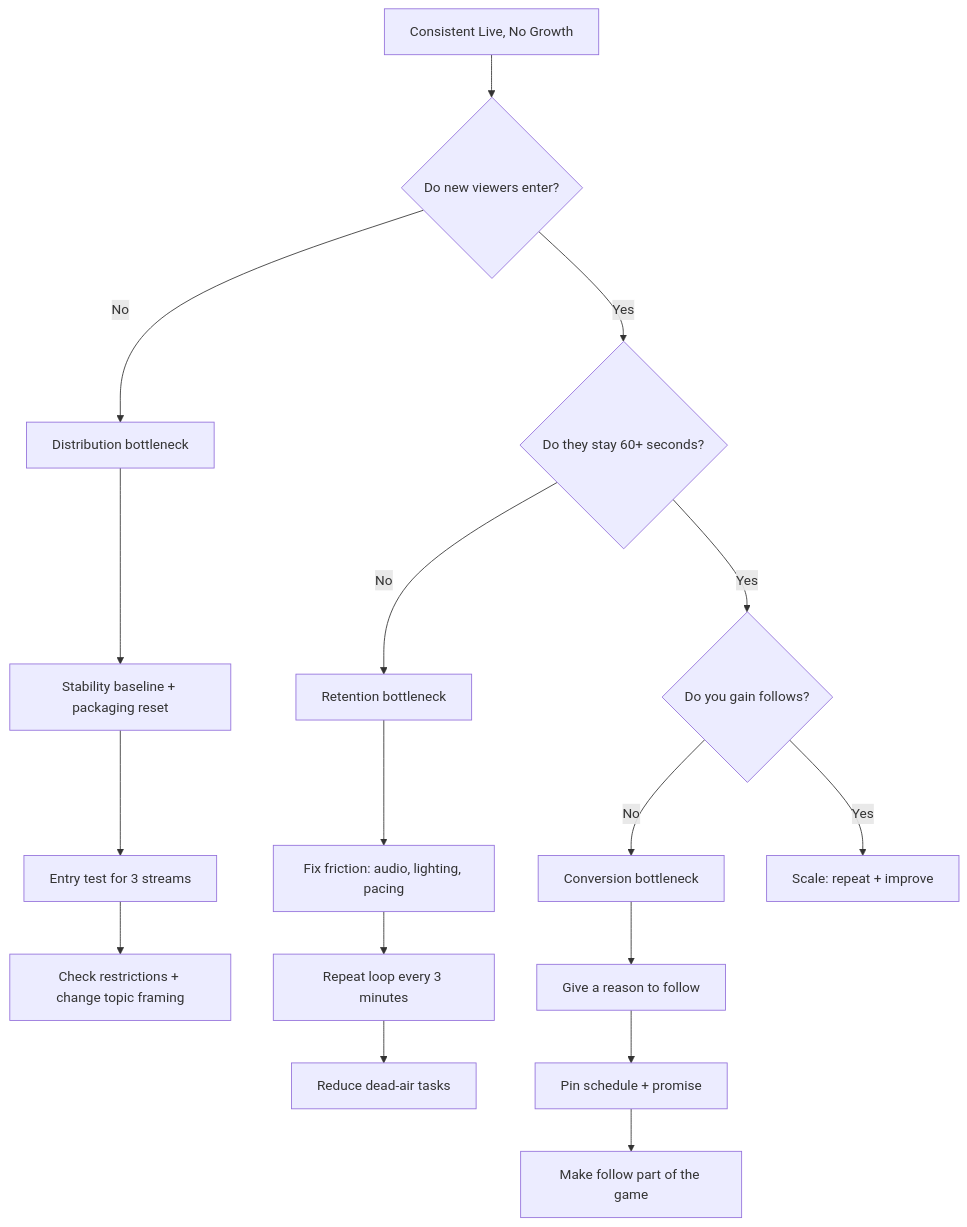
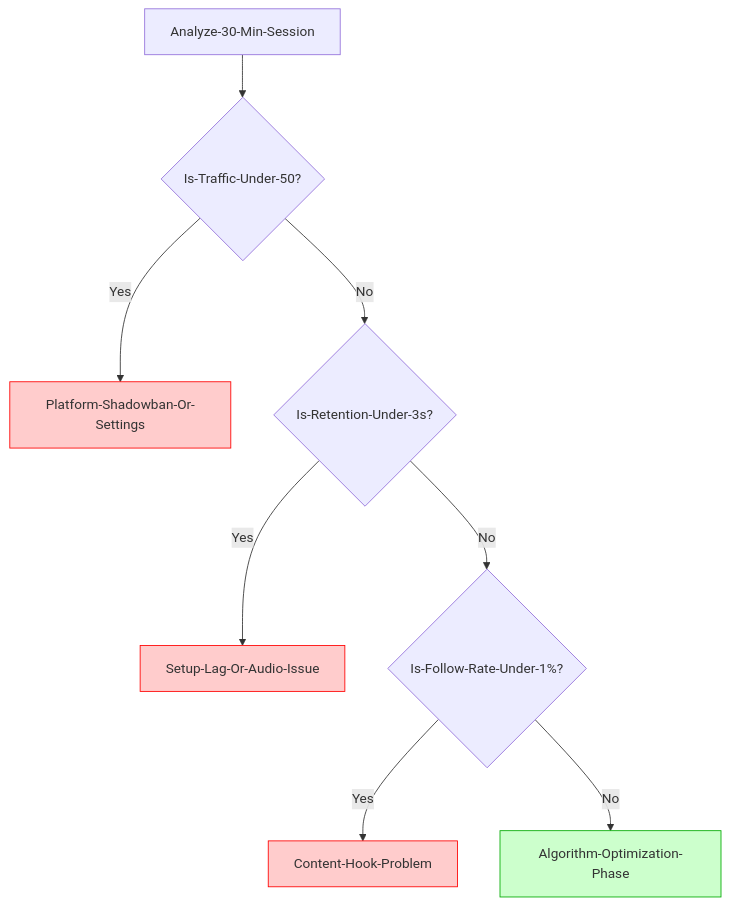
The diagram in data/blog/consistent-tiktok-live-no-growth-platform-vs-setup-2026.mdx (littl3-boat/ttwise), drawn with Mermaid before and after one commit. The commit also changed other lines of this file and 35 other files, not shown here.

First line of the commit message:
feat: fix Mermaid diagram syntax across blog posts and add new Reddit-sourced blog entries

````diff
--- a/data/blog/consistent-tiktok-live-no-growth-platform-vs-setup-2026.mdx
+++ b/data/blog/consistent-tiktok-live-no-growth-platform-vs-setup-2026.mdx
@@ -110,22 +112,17 @@
 ```mermaid
 flowchart TD
-  A[Consistent Live, No Growth] --> B{Do new viewers enter?}
-  B -->|No| C[Distribution bottleneck]
-  B -->|Yes| D{Do they stay 60+ seconds?}
-  D -->|No| E[Retention bottleneck]
-  D -->|Yes| F{Do you gain follows?}
-  F -->|No| G[Conversion bottleneck]
-  F -->|Yes| H[Scale: repeat + improve]
-
-  C --> C1[Stability baseline + packaging reset]
-  C1 --> C2[Entry test for 3 streams]
-  C2 --> C3[Check restrictions + change topic framing]
-
-  E --> E1[Fix friction: audio, lighting, pacing]
-  E1 --> E2[Repeat loop every 3 minutes]
-  E2 --> E3[Reduce dead-air tasks]
-
-  G --> G1[Give a reason to follow]
-  G1 --> G2[Pin schedule + promise]
-  G2 --> G3[Make follow part of the game]
+    A[Analyze-30-Min-Session] --> B{Is-Traffic-Under-50?}
+    B -- Yes --> C[Platform-Shadowban-Or-Settings]
+    B -- No --> D{Is-Retention-Under-3s?}
+    
+    D -- Yes --> E[Setup-Lag-Or-Audio-Issue]
+    D -- No --> F{Is-Follow-Rate-Under-1%?}
+    
+    F -- Yes --> G[Content-Hook-Problem]
+    F -- No --> H[Algorithm-Optimization-Phase]
+    
+    style C fill:#ffcccc,stroke:#ff0000
+    style E fill:#ffcccc,stroke:#ff0000
+    style G fill:#ffcccc,stroke:#ff0000
+    style H fill:#ccffcc,stroke:#00aa00
 ```
````
